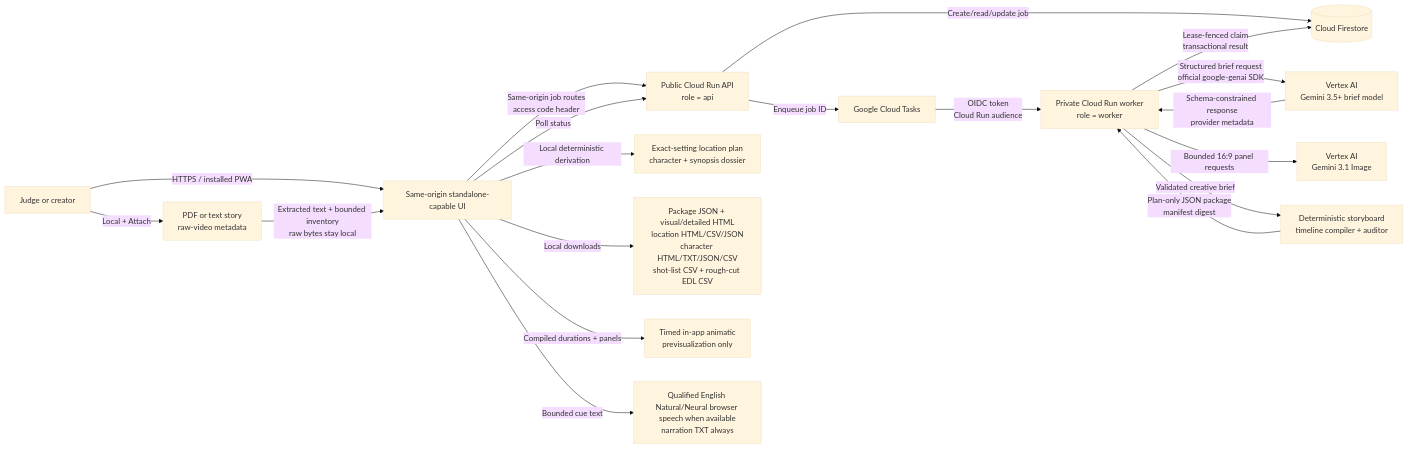
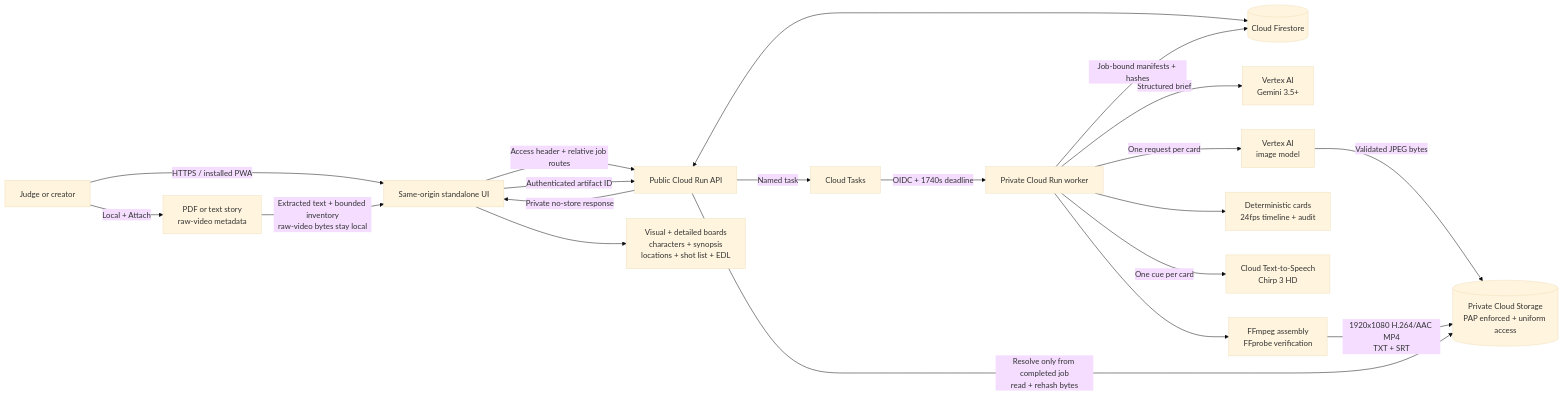
Before and after one commit to rmcmurrer81/video-studio-production-director: the first of 2 diagrams in docs/ARCHITECTURE.md, drawn with Mermaid (base theme). The commit also changed other lines of this file and 18 other files, not shown here.

Commit message:
Complete private storyboard media pipeline

````diff
--- a/docs/ARCHITECTURE.md
+++ b/docs/ARCHITECTURE.md
@@ -5,21 +5,27 @@
 ```mermaid
 flowchart LR
-    User[Judge or creator] -->|HTTPS / installed PWA| UI[Same-origin standalone-capable UI]
-    User -->|Local + Attach| LocalSources[PDF or text story<br/>raw-video metadata]
-    LocalSources -->|Extracted text + bounded inventory<br/>raw bytes stay local| UI
-    UI -->|Same-origin job routes<br/>access code header| API[Public Cloud Run API<br/>role = api]
-    API -->|Create/read/update job| DB[(Cloud Firestore)]
-    API -->|Enqueue job ID| Queue[Google Cloud Tasks]
-    Queue -->|OIDC token<br/>Cloud Run audience| Worker[Private Cloud Run worker<br/>role = worker]
-    Worker -->|Lease-fenced claim<br/>transactional result| DB
-    Worker -->|Structured brief request<br/>official google-genai SDK| Vertex[Vertex AI<br/>Gemini 3.5+ brief model]
-    Worker -->|Bounded 16:9 panel requests| ImageModel[Vertex AI<br/>Gemini 3.1 Image]
-    Vertex -->|Schema-constrained response<br/>provider metadata| Worker
-    Worker -->|Validated creative brief| Compiler[Deterministic storyboard<br/>timeline compiler + auditor]
-    Compiler -->|Plan-only JSON package<br/>manifest digest| Worker
-    UI -->|Poll status| API
-    UI -->|Local deterministic derivation| Handoffs[Exact-setting location plan<br/>character + synopsis dossier]
-    UI -->|Local downloads| Package[Package JSON + visual/detailed HTML<br/>location HTML/CSV/JSON<br/>character HTML/TXT/JSON/CSV<br/>shot-list CSV + rough-cut EDL CSV]
-    UI -->|Compiled durations + panels| Animatic[Timed in-app animatic<br/>previsualization only]
-    UI -->|Bounded cue text| Pitch[Qualified English Natural/Neural browser speech when available<br/>narration TXT always]
+    User[Judge or creator] -->|HTTPS / installed PWA| UI[Same-origin standalone UI]
+    User -->|Local + Attach| Sources[PDF or text story<br/>raw-video metadata]
+    Sources -->|Extracted text + bounded inventory<br/>raw-video bytes stay local| UI
+
+    UI -->|Access header + relative job routes| API[Public Cloud Run API]
+    API <--> DB[(Cloud Firestore)]
+    API -->|Named task| Queue[Cloud Tasks]
+    Queue -->|OIDC + 1740s deadline| Worker[Private Cloud Run worker]
+
+    Worker -->|Structured brief| Gemini[Vertex AI<br/>Gemini 3.5+]
+    Worker -->|One request per card| Images[Vertex AI<br/>image model]
+    Worker --> Compiler[Deterministic cards<br/>24fps timeline + audit]
+    Worker -->|One cue per card| TTS[Cloud Text-to-Speech<br/>Chirp 3 HD]
+    Worker --> Media[FFmpeg assembly<br/>FFprobe verification]
+
+    Images -->|Validated JPEG bytes| Store[(Private Cloud Storage<br/>PAP enforced + uniform access)]
+    Media -->|1920x1080 H.264/AAC MP4<br/>TXT + SRT| Store
+    Worker -->|Job-bound manifests + hashes| DB
+
+    UI -->|Authenticated artifact ID| API
+    API -->|Resolve only from completed job<br/>read + rehash bytes| Store
+    API -->|Private no-store response| UI
+
+    UI --> Exports[Visual + detailed boards<br/>characters + synopsis<br/>locations + shot list + EDL]
 ```
````
